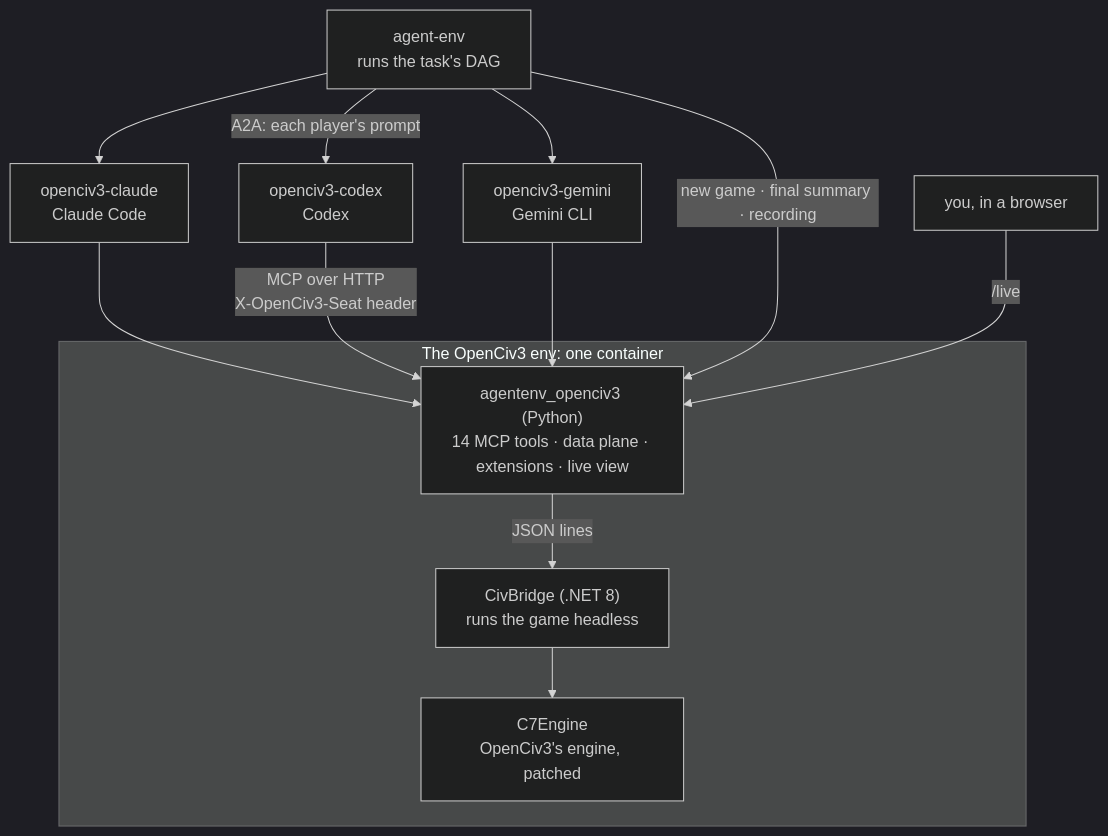
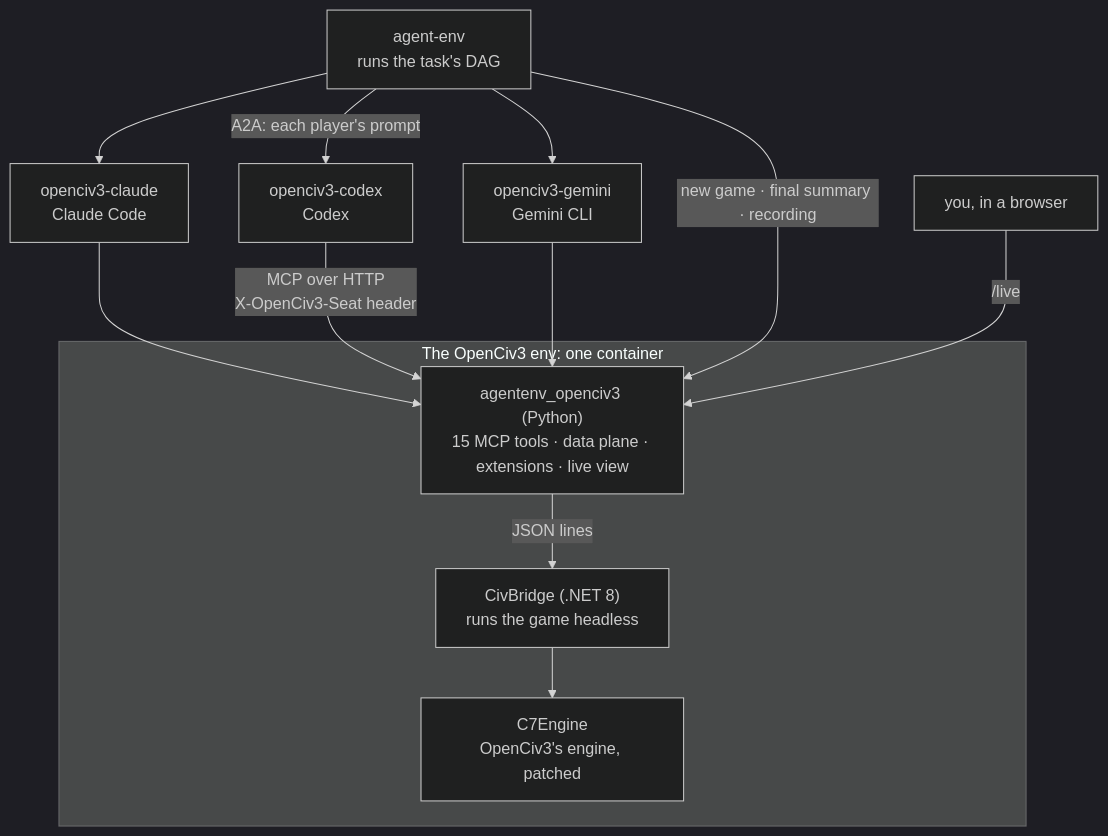
The third of 3 diagrams in README.md (earakely-scale/agentenv-openciv-plugin), drawn with Mermaid (dark theme) before and after one commit. The commit also changed other lines of this file and 18 other files, not shown here.

````diff
--- a/README.md
+++ b/README.md
@@ -281,22 +281,22 @@
 ```mermaid
 flowchart TB
     runner["agent-env<br/>runs the task's DAG"]
     claude["openciv3-claude<br/>Claude Code"]
     codex["openciv3-codex<br/>Codex"]
     gemini["openciv3-gemini<br/>Gemini CLI"]
     you["you, in a browser"]
     subgraph env["The OpenCiv3 env: one container"]
-        server["agentenv_openciv3 (Python)<br/>14 MCP tools · data plane · extensions · live view"]
+        server["agentenv_openciv3 (Python)<br/>15 MCP tools · data plane · extensions · live view"]
         bridge["CivBridge (.NET 8)<br/>runs the game headless"]
         engine["C7Engine<br/>OpenCiv3's engine, patched"]
         server -- "JSON lines" --> bridge --> engine
     end
     runner --> claude
     runner -- "A2A: each player's prompt" --> codex
     runner --> gemini
     claude --> server
     codex -- "MCP over HTTP<br/>X-OpenCiv3-Seat header" --> server
     gemini --> server
     runner -- "new game · final summary · recording" --> server
     you -- "/live" --> server
 ```
````
